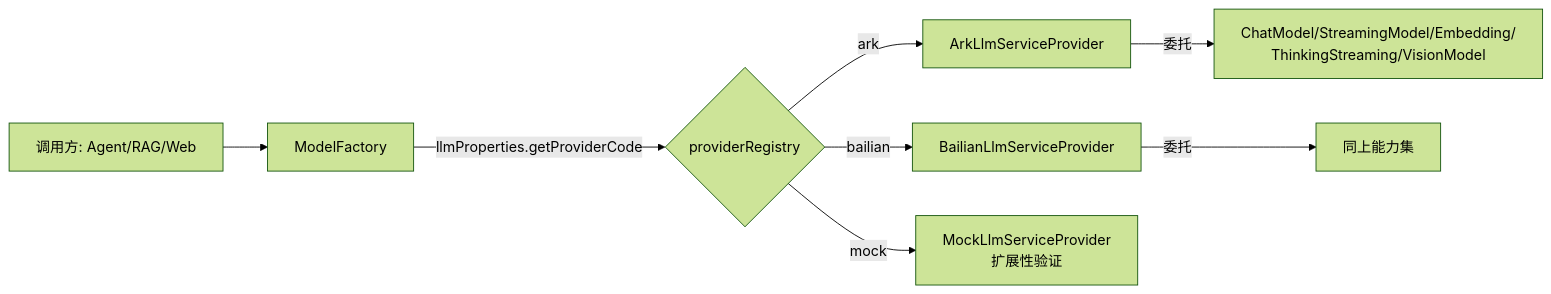
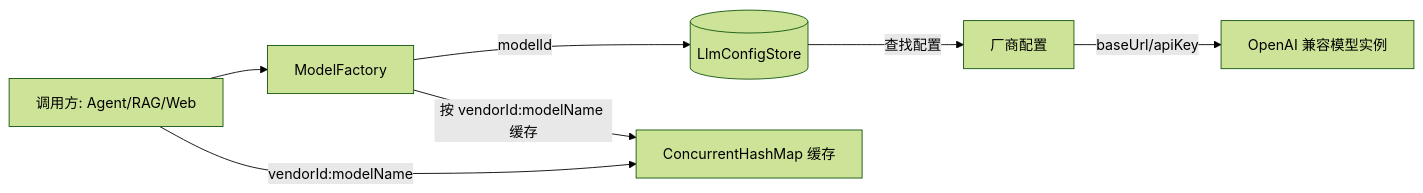
The fifth of 7 diagrams in KNOWLEDGE_BASE.md (zxchengQQ/agent_demo), drawn with Mermaid (forest theme) before and after one commit. The commit also changed other lines of this file and 127 other files, not shown here.

````diff
--- a/KNOWLEDGE_BASE.md
+++ b/KNOWLEDGE_BASE.md
@@ -597,10 +569,9 @@
 ```mermaid
 flowchart LR
     Caller[调用方: Agent/RAG/Web] --> MF[ModelFactory]
-    MF -->|llmProperties.getProviderCode| Reg{providerRegistry}
-    Reg -->|ark| Ark[ArkLlmServiceProvider]
-    Reg -->|bailian| BL[BailianLlmServiceProvider]
-    Reg -->|mock| Mock[MockLlmServiceProvider<br>扩展性验证]
-    Ark -->|委托| ArkModels[ChatModel/StreamingModel/Embedding/<br>ThinkingStreaming/VisionModel]
-    BL -->|委托| BlModels[同上能力集]
+    MF -->|modelId| Store[(LlmConfigStore)]
+    Store -->|查找配置| Vendor[厂商配置]
+    Vendor -->|baseUrl/apiKey| Models[OpenAI 兼容模型实例]
+    MF -->|按 vendorId:modelName 缓存| Cache[ConcurrentHashMap 缓存]
+    Caller -->|vendorId:modelName| Cache
 ```
````
